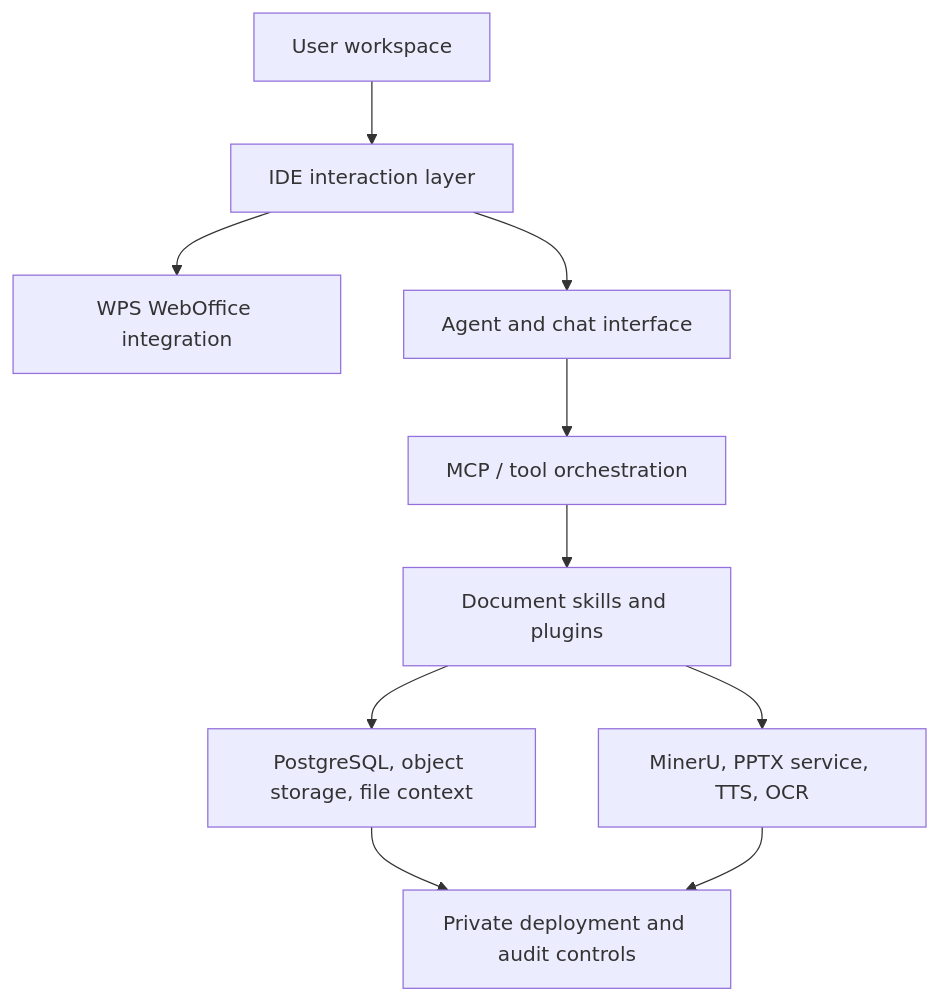
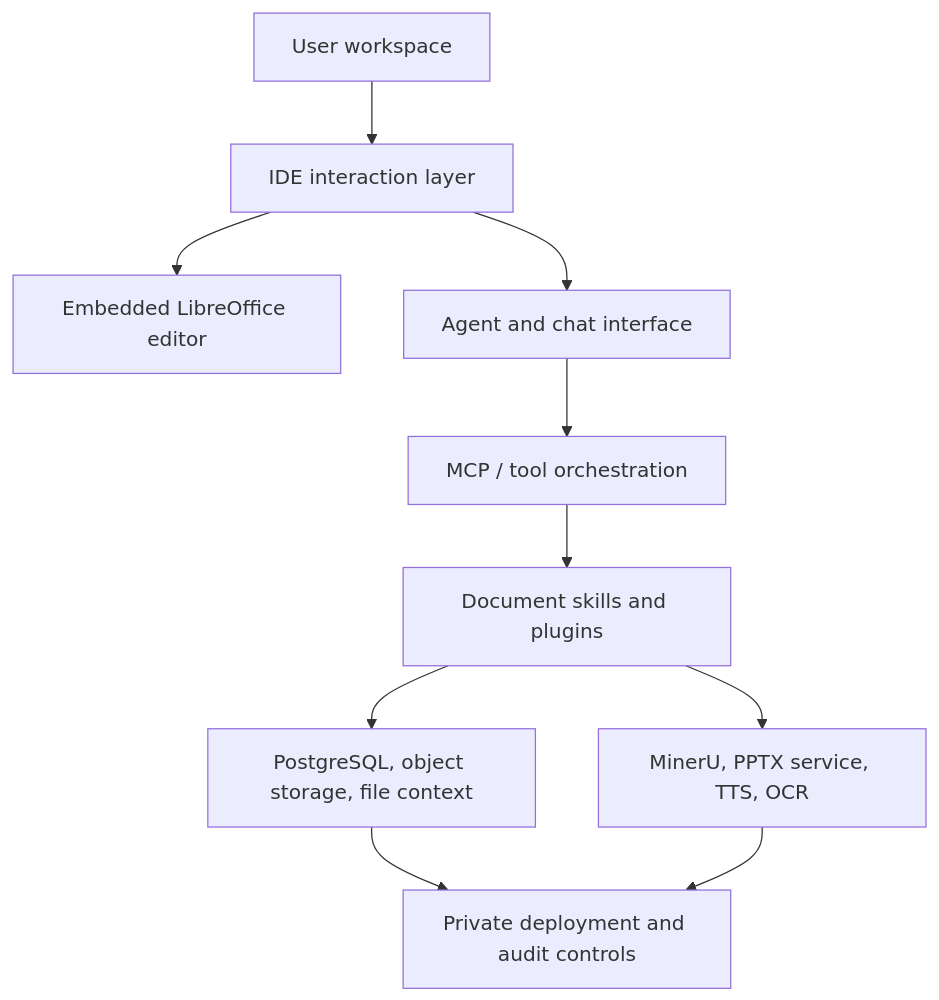
One commit to AI-WorkDeck/aiworkdeck changed the diagram in README.md. Above: the diagram before and after it, drawn with Mermaid. The commit also changed other lines of this file and 22 other files, not shown here.

First line of the commit message:
refactor: remove WPS-exclusive integration code (phase 1 of WPS removal)

````diff
--- a/README.md
+++ b/README.md
@@ -86,12 +86,12 @@
 ```mermaid
 flowchart TB
   User["User workspace"] --> IDE["IDE interaction layer"]
-  IDE --> WPS["WPS WebOffice integration"]
+  IDE --> LO["Embedded LibreOffice editor"]
   IDE --> Agent["Agent and chat interface"]
   Agent --> MCP["MCP / tool orchestration"]
   MCP --> Skills["Document skills and plugins"]
   Skills --> Data["PostgreSQL, object storage, file context"]
   Skills --> Services["MinerU, PPTX service, TTS, OCR"]
   Data --> Security["Private deployment and audit controls"]
   Services --> Security
 ```
````
